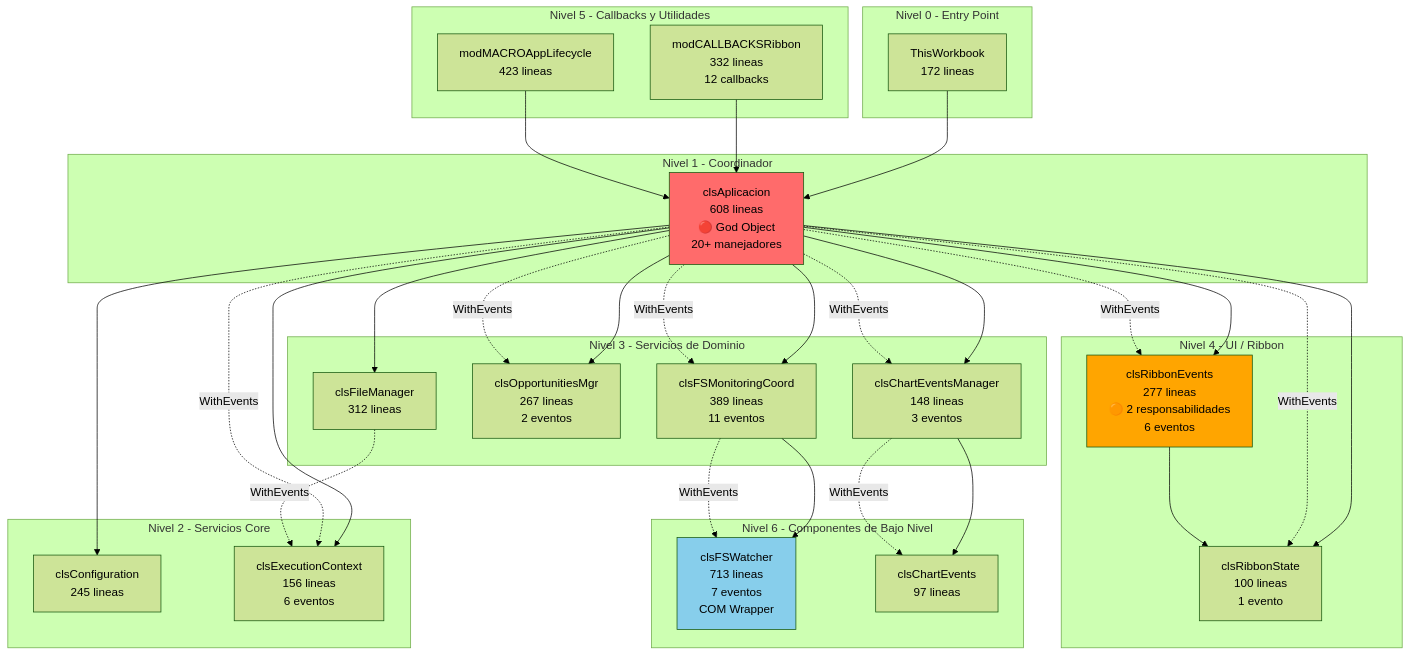
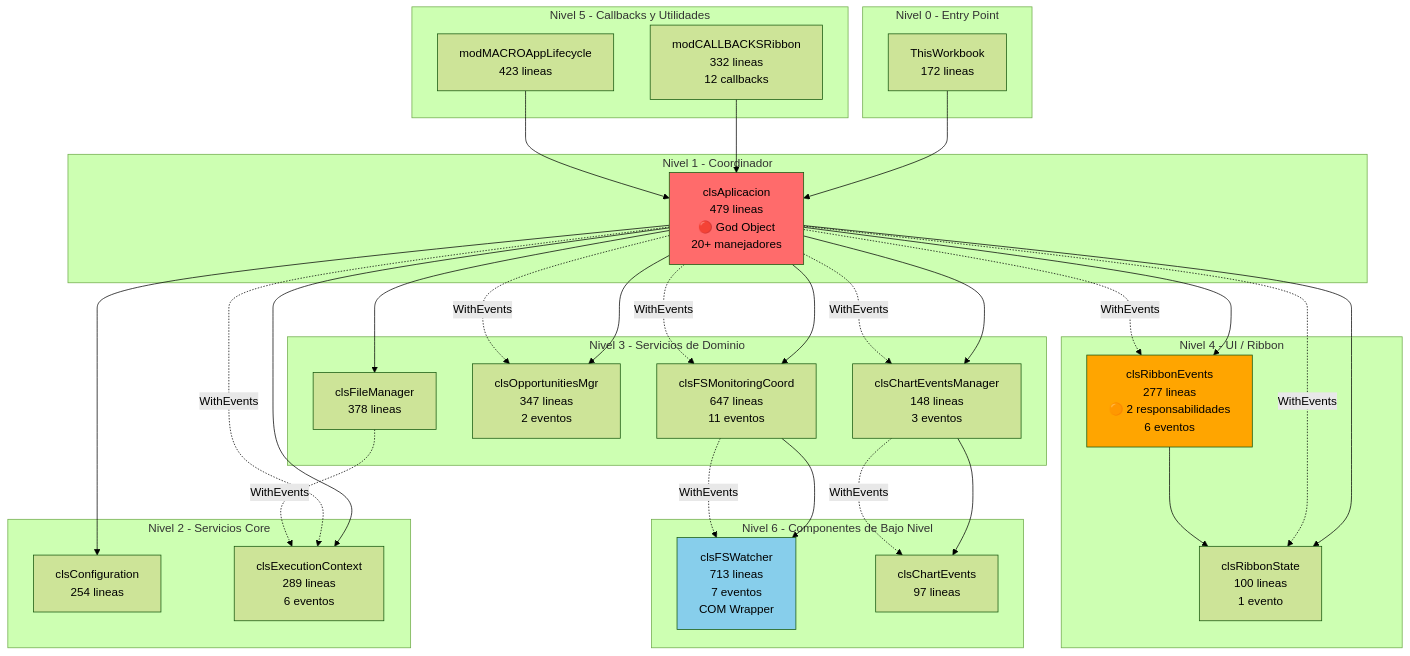
Before and after one commit to gautxori-yuyu/claude-vba-excel-abc-refactor: the sixth of 13 diagrams in CLAUDE.md, drawn with Mermaid (forest theme). The commit also changed other lines of this file, not shown here.

````diff
--- a/CLAUDE.md
+++ b/CLAUDE.md
@@ -941,68 +941,68 @@
 ```mermaid
 graph TD
     subgraph "Nivel 0 - Entry Point"
         TW[ThisWorkbook<br/>172 lineas]
     end
 
     subgraph "Nivel 1 - Coordinador"
-        APP[clsAplicacion<br/>608 lineas<br/>🔴 God Object<br/>20+ manejadores]
+        APP[clsAplicacion<br/>479 lineas<br/>🔴 God Object<br/>20+ manejadores]
     end
 
     subgraph "Nivel 2 - Servicios Core"
-        CFG[clsConfiguration<br/>245 lineas]
-        EXEC[clsExecutionContext<br/>156 lineas<br/>6 eventos]
+        CFG[clsConfiguration<br/>254 lineas]
+        EXEC[clsExecutionContext<br/>289 lineas<br/>6 eventos]
     end
 
     subgraph "Nivel 3 - Servicios de Dominio"
-        FILEMGR[clsFileManager<br/>312 lineas]
-        OPP[clsOpportunitiesMgr<br/>267 lineas<br/>2 eventos]
+        FILEMGR[clsFileManager<br/>378 lineas]
+        OPP[clsOpportunitiesMgr<br/>347 lineas<br/>2 eventos]
         CHART[clsChartEventsManager<br/>148 lineas<br/>3 eventos]
-        FS[clsFSMonitoringCoord<br/>389 lineas<br/>11 eventos]
+        FS[clsFSMonitoringCoord<br/>647 lineas<br/>11 eventos]
     end
 
     subgraph "Nivel 4 - UI / Ribbon"
         RIBBONEV[clsRibbonEvents<br/>277 lineas<br/>🟠 2 responsabilidades<br/>6 eventos]
         RIBBONST[clsRibbonState<br/>100 lineas<br/>1 evento]
     end
 
     subgraph "Nivel 5 - Callbacks y Utilidades"
         CALLBACKS[modCALLBACKSRibbon<br/>332 lineas<br/>12 callbacks]
         LIFECYCLE[modMACROAppLifecycle<br/>423 lineas]
     end
 
     subgraph "Nivel 6 - Componentes de Bajo Nivel"
         FSWATCHER[clsFSWatcher<br/>713 lineas<br/>7 eventos<br/>COM Wrapper]
         CHARTEV[clsChartEvents<br/>97 lineas]
     end
 
     TW --> APP
     APP --> CFG
     APP --> EXEC
     APP --> FILEMGR
     APP --> OPP
     APP --> CHART
     APP --> FS
     APP --> RIBBONEV
     APP --> RIBBONST
 
     APP -.WithEvents.-> EXEC
     APP -.WithEvents.-> OPP
     APP -.WithEvents.-> CHART
     APP -.WithEvents.-> FS
     APP -.WithEvents.-> RIBBONEV
     APP -.WithEvents.-> RIBBONST
 
     FILEMGR -.WithEvents.-> EXEC
     FS --> FSWATCHER
     FS -.WithEvents.-> FSWATCHER
     CHART --> CHARTEV
     CHART -.WithEvents.-> CHARTEV
 
     RIBBONEV --> RIBBONST
     CALLBACKS --> APP
     LIFECYCLE --> APP
 
     style APP fill:#ff6b6b
     style RIBBONEV fill:#ffa500
     style FSWATCHER fill:#87ceeb
 ```
````
